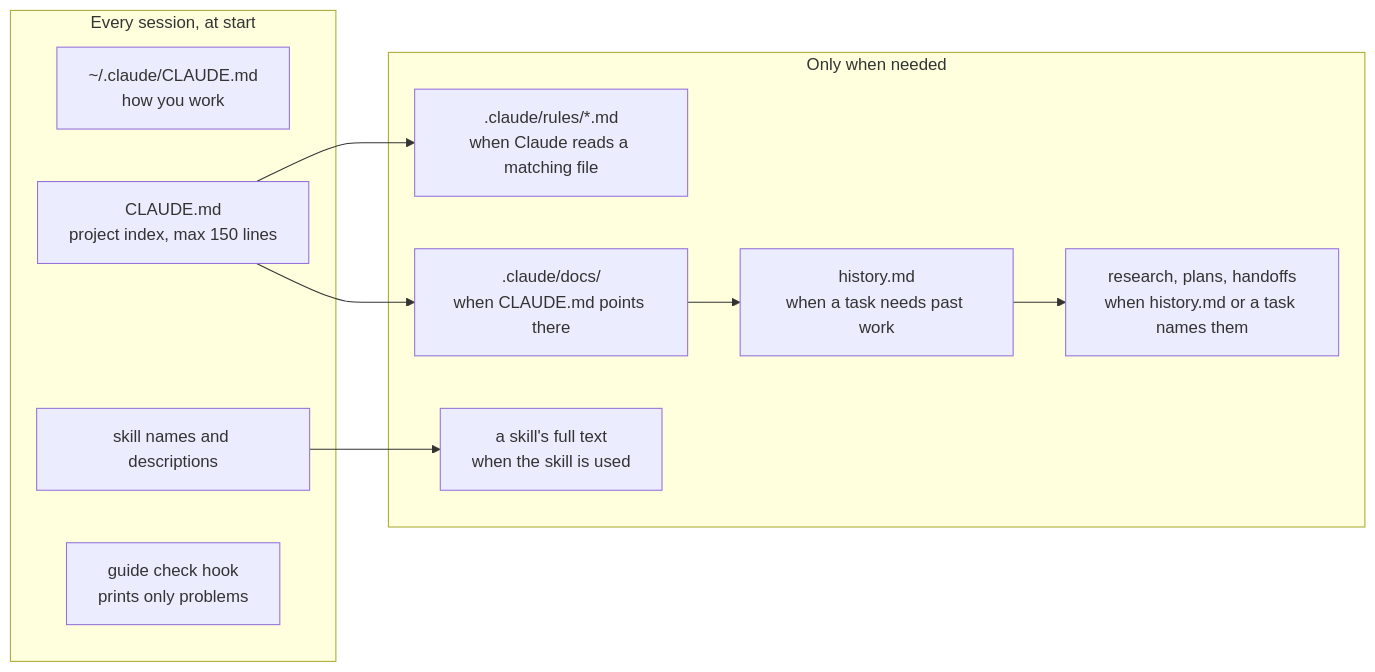
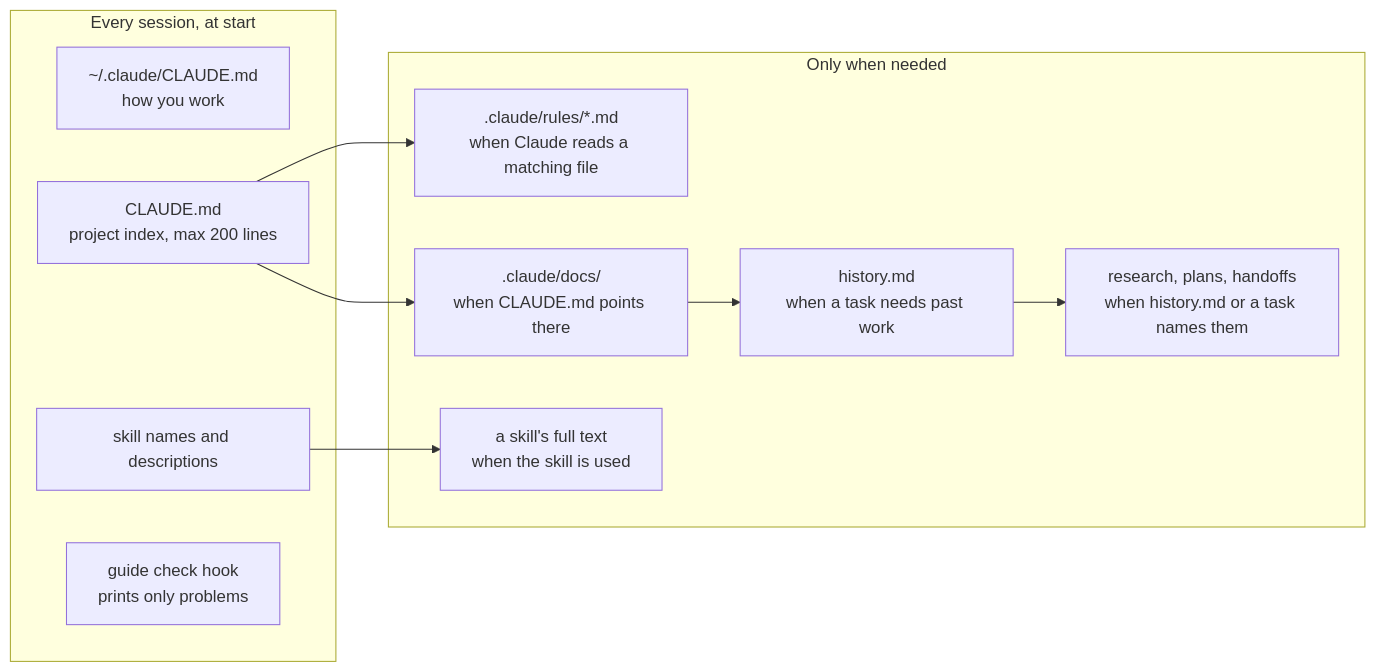
Before and after one commit to enmeshia/claude-code-kit: the first of 6 diagrams in README.md, drawn with Mermaid. The commit also changed other lines of this file and 5 other files, not shown here.

First line of the commit message:
feat(project): CLAUDE.md budget of 200 lines

````diff
--- a/README.md
+++ b/README.md
@@ -84,21 +84,21 @@
 ```mermaid
 flowchart LR
   subgraph start["Every session, at start"]
     GC["~/.claude/CLAUDE.md<br/>how you work"]
-    PC["CLAUDE.md<br/>project index, max 150 lines"]
+    PC["CLAUDE.md<br/>project index, max 200 lines"]
     SN["skill names and descriptions"]
     HK["guide check hook<br/>prints only problems"]
   end
   subgraph later["Only when needed"]
     RU[".claude/rules/*.md<br/>when Claude reads a matching file"]
     SB["a skill's full text<br/>when the skill is used"]
     DO[".claude/docs/<br/>when CLAUDE.md points there"]
     HI["history.md<br/>when a task needs past work"]
     WK["research, plans, handoffs<br/>when history.md or a task names them"]
   end
   PC --> RU
   PC --> DO
   DO --> HI
   HI --> WK
   SN --> SB
 ```
````
